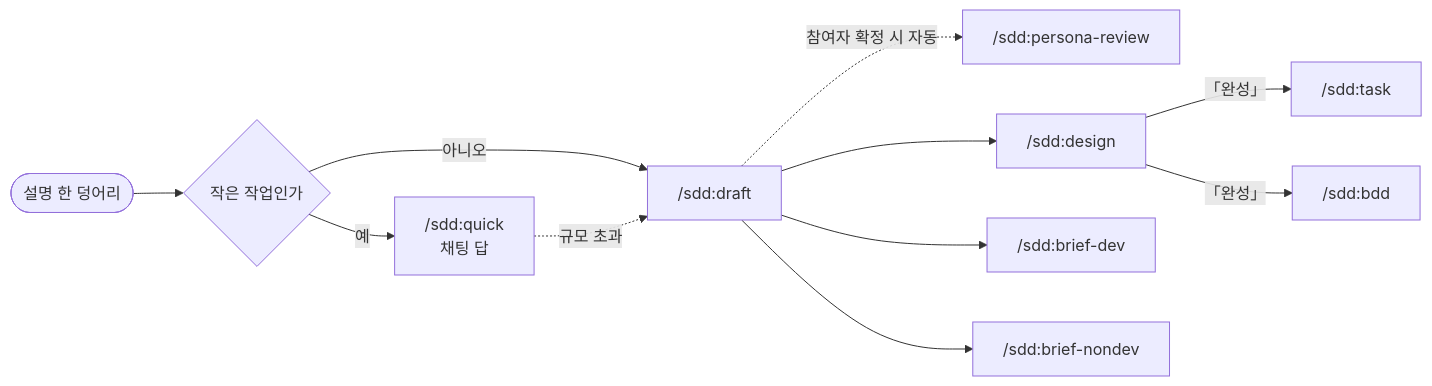
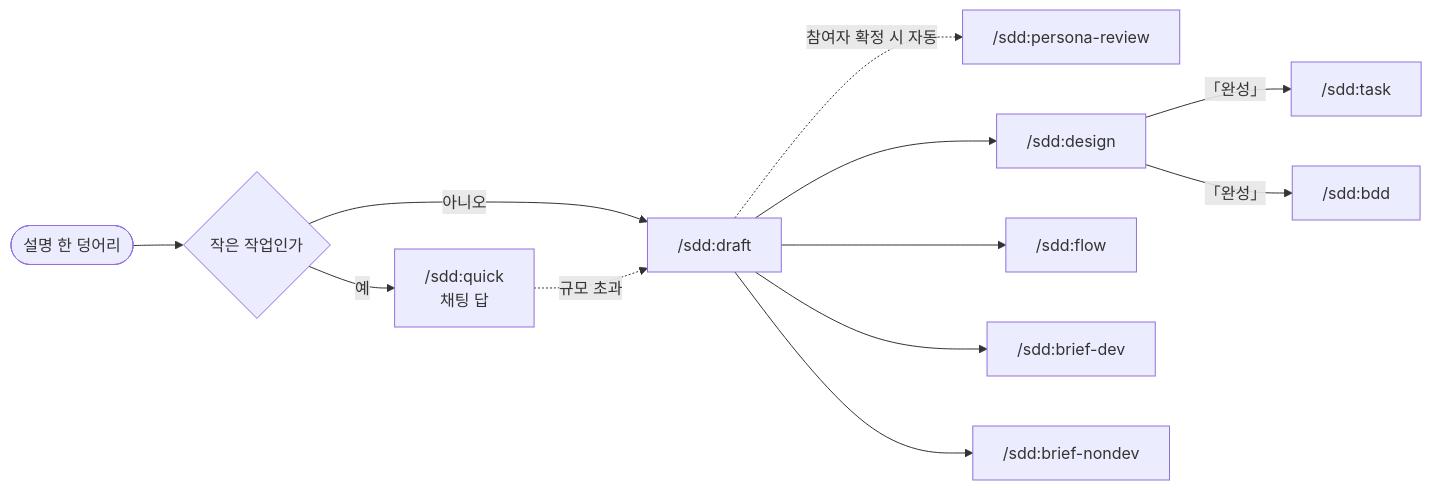
Before and after one commit to dorage/product-skills: the diagram in plugins/sdd/WORKFLOW.md, drawn with Mermaid. The commit also changed other lines of this file and 11 other files, not shown here.

First line of the commit message:
feat(sdd):와이어프레임 전 화면흐름을 먼저 맞추게 flow 추가

````diff
--- a/plugins/sdd/WORKFLOW.md
+++ b/plugins/sdd/WORKFLOW.md
@@ -12,13 +12,14 @@
 ```mermaid
 flowchart LR
     start([설명 한 덩어리]) --> size{작은 작업인가}
     size -- 예 --> quick["/sdd:quick<br/>채팅 답"]
     size -- 아니오 --> draft["/sdd:draft"]
     draft -. 참여자 확정 시 자동 .-> review["/sdd:persona-review"]
     quick -. 규모 초과 .-> draft
     draft --> design["/sdd:design"]
+    draft --> flow["/sdd:flow"]
     draft --> bdev["/sdd:brief-dev"]
     draft --> bnon["/sdd:brief-nondev"]
     design -- 「완성」 --> task["/sdd:task"]
     design -- 「완성」 --> bdd["/sdd:bdd"]
 ```
````
